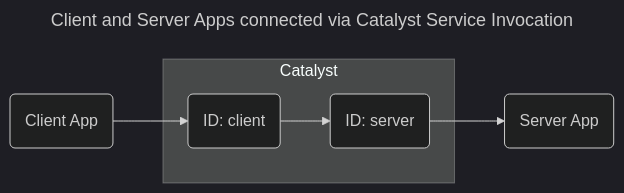
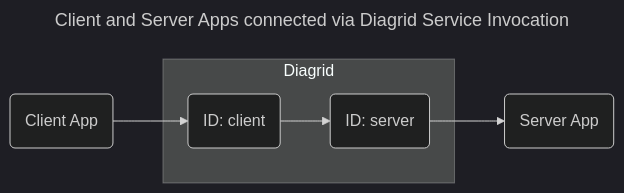
The diagram in invocation/csharp/README.md (diagridio/catalyst-quickstarts), drawn with Mermaid (dark theme) before and after one commit. The commit also changed other lines of this file and 224 other files, not shown here.

First line of the commit message:
docs: rename Catalyst to Diagrid in descriptions and labels

````diff
--- a/invocation/csharp/README.md
+++ b/invocation/csharp/README.md
@@ -9,15 +9,15 @@
 ```mermaid
 ---
-title: Client and Server Apps connected via Catalyst Service Invocation
+title: Client and Server Apps connected via Diagrid Service Invocation
 ---
 flowchart LR
   APP1(Client App)
-  subgraph Catalyst
+  subgraph Diagrid
     APPID1(ID: client)
     APPID2(ID: server)
   end
   APP2(Server App)
   APP1-->APPID1
   APPID1-->APPID2
   APPID2-->APP2
 ```
````
